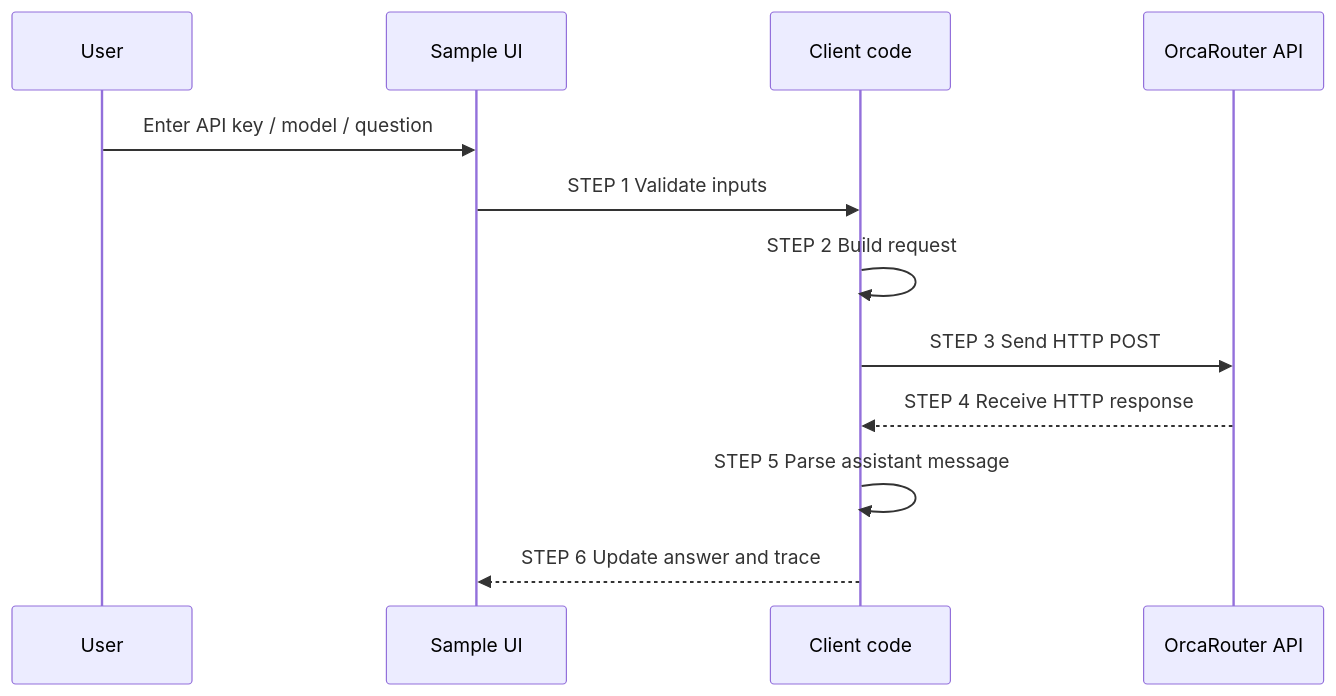
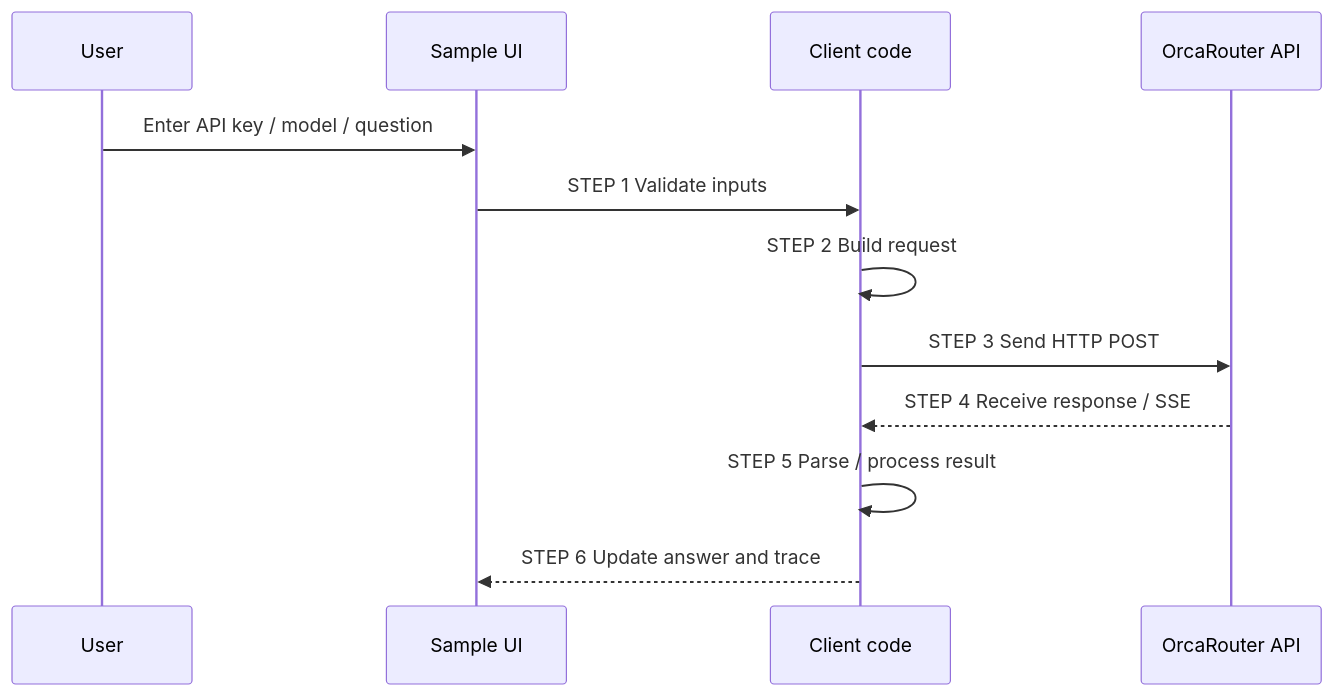
One commit to papanda925/OrcaRouter-Samples changed the diagram in docs/processing-flow.md. Above: the diagram before and after it, drawn with Mermaid. The commit also changed other lines of this file and 13 other files, not shown here.

````diff
--- a/docs/processing-flow.md
+++ b/docs/processing-flow.md
@@ -35,15 +35,15 @@
 ```mermaid
 sequenceDiagram
     participant U as User
     participant UI as Sample UI
     participant C as Client code
     participant O as OrcaRouter API
 
     U->>UI: Enter API key / model / question
     UI->>C: STEP 1 Validate inputs
     C->>C: STEP 2 Build request
     C->>O: STEP 3 Send HTTP POST
-    O-->>C: STEP 4 Receive HTTP response
-    C->>C: STEP 5 Parse assistant message
+    O-->>C: STEP 4 Receive response / SSE
+    C->>C: STEP 5 Parse / process result
     C-->>UI: STEP 6 Update answer and trace
 ```
````
